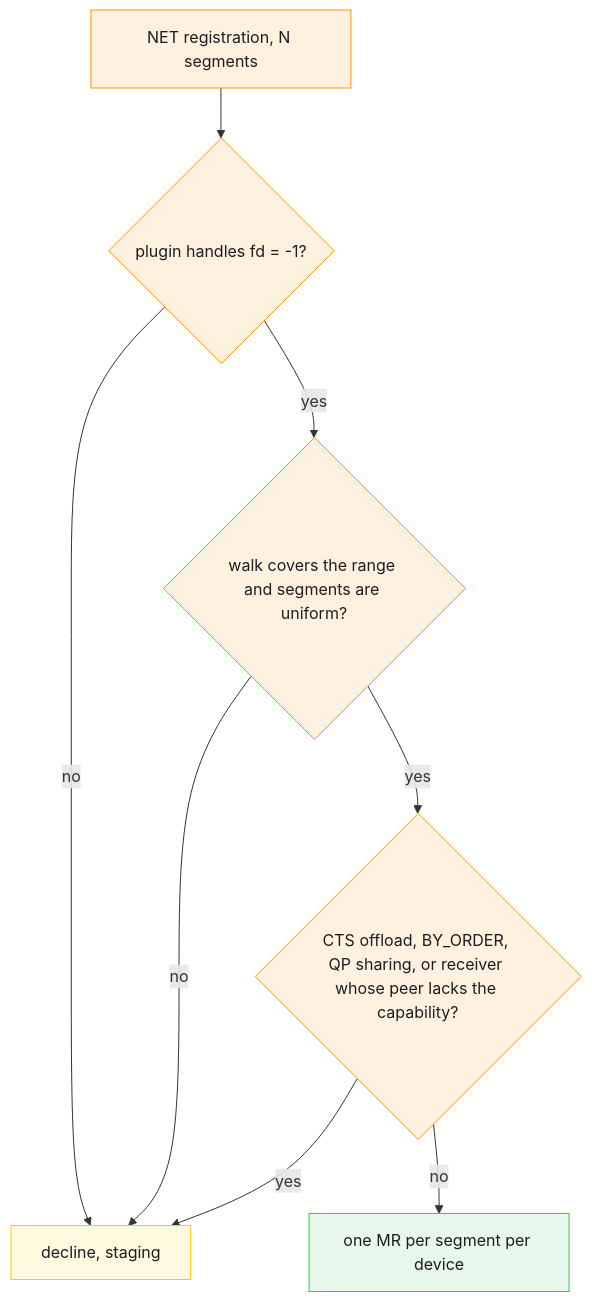
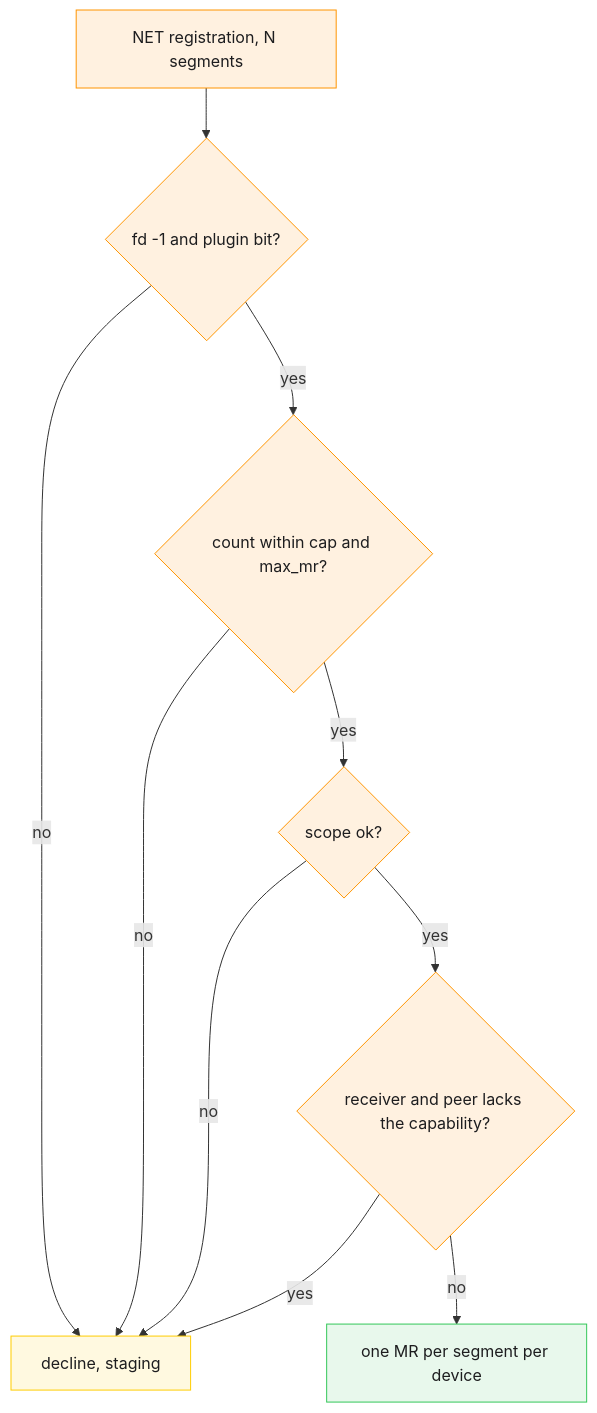
One commit to ROCm/rocm-systems changed the diagram in projects/rccl/docs/design/multi_segment_netib_cast.md. Above: the diagram before and after it, drawn with Mermaid. The commit also changed other lines of this file and 16 other files, not shown here.

First line of the commit message:
docs: update multi-segment design docs for the review fixes and the fork plugin

````diff
--- a/projects/rccl/docs/design/multi_segment_netib_cast.md
+++ b/projects/rccl/docs/design/multi_segment_netib_cast.md
@@ -38,17 +36,19 @@
 ```mermaid
 %% caption: When IB-CAST declines multi-segment registration
 flowchart TD
- a["NET registration, N segments"] --> p{"plugin handles fd = -1?"}
+ a["NET registration, N segments"] --> p{"fd -1 and plugin bit?"}
  p -->|no| dec["decline, staging"]
- p -->|yes| u{"walk covers the range and segments are uniform?"}
- u -->|no| dec
- u -->|yes| off{"CTS offload, BY_ORDER, QP sharing, or receiver whose peer lacks the capability?"}
- off -->|yes| dec
- off -->|no| m["one MR per segment per device"]
+ p -->|yes| c{"count within cap and max_mr?"}
+ c -->|no| dec
+ c -->|yes| s{"scope ok?"}
+ s -->|no| dec
+ s -->|yes| r{"receiver and peer lacks the capability?"}
+ r -->|yes| dec
+ r -->|no| m["one MR per segment per device"]
  classDef ibcast fill:#fff1e0,stroke:#ff9500,color:#1d1d1f
  classDef okpath fill:#e8f8ec,stroke:#34c759,color:#1d1d1f
  classDef stagepath fill:#fff9e0,stroke:#ffcc00,color:#1d1d1f
- class a,p,u,off ibcast
+ class a,p,c,s,r ibcast
  class m okpath
  class dec stagepath
 ```
````
